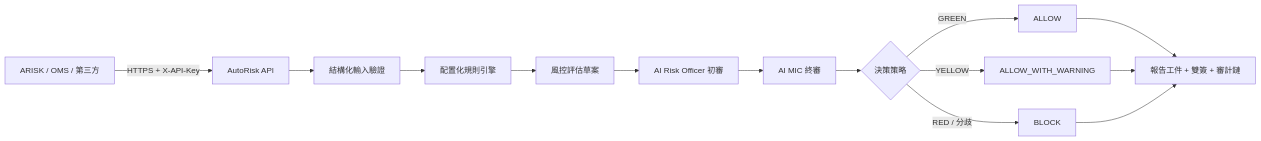
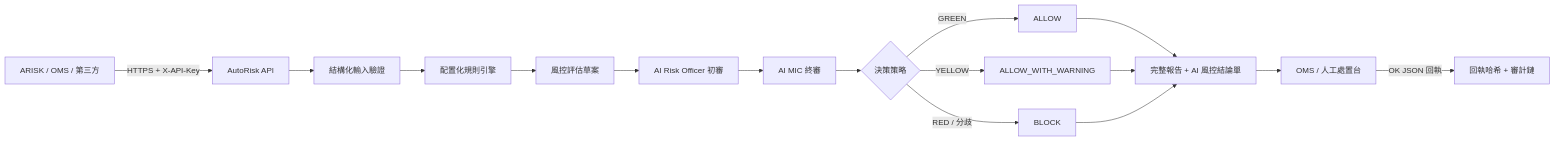
The first of 2 diagrams in autorisk/gptchat.md (Neo-futu/arisk), drawn with Mermaid before and after one commit. The commit also changed other lines of this file and 23 other files, not shown here.

````diff
--- a/autorisk/gptchat.md
+++ b/autorisk/gptchat.md
@@ -70,16 +73,18 @@
 ```mermaid
 flowchart LR
     A[ARISK / OMS / 第三方] -->|HTTPS + X-API-Key| B[AutoRisk API]
     B --> C[結構化輸入驗證]
     C --> D[配置化規則引擎]
     D --> E[風控評估草案]
     E --> F[AI Risk Officer 初審]
     F --> G[AI MIC 終審]
     G --> H{決策策略}
     H -->|GREEN| I[ALLOW]
     H -->|YELLOW| J[ALLOW_WITH_WARNING]
     H -->|RED / 分歧| K[BLOCK]
-    I --> L[報告工件 + 雙簽 + 審計鏈]
+    I --> L[完整報告 + AI 風控結論單]
     J --> L
     K --> L
+    L --> M[OMS / 人工處置台]
+    M -->|OK JSON 回執| N[回執哈希 + 審計鏈]
 ```
````
